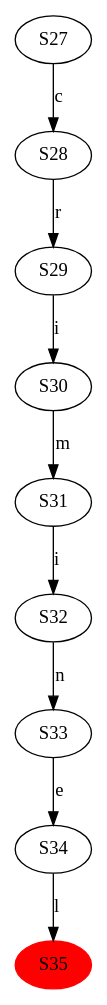
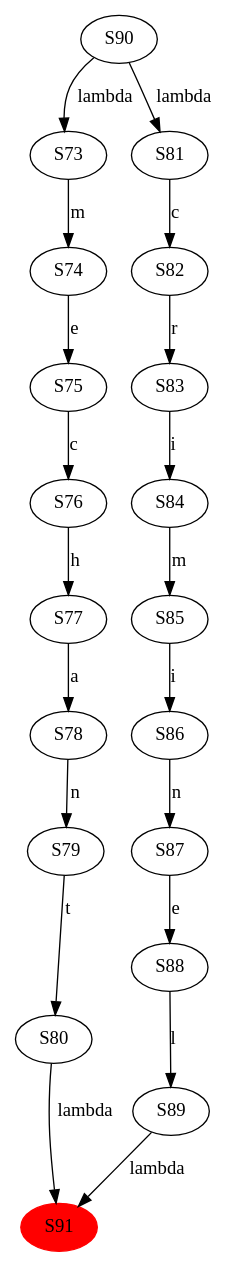
One commit to Adpa18/RushHell changed the diagram in purgatory/etape6/criminel.dot. Above: the diagram before and after it, drawn with Graphviz. The commit also changed 17 other files, not shown here.

```diff
--- a/purgatory/etape6/criminel.dot
+++ b/purgatory/etape6/criminel.dot
@@ -1,11 +1,22 @@
 digraph fsa {
-  S27 -> S28 [label="c"];
-  S28 -> S29 [label="r"];
-  S29 -> S30 [label="i"];
-  S30 -> S31 [label="m"];
-  S31 -> S32 [label="i"];
-  S32 -> S33 [label="n"];
-  S33 -> S34 [label="e"];
-  S34 -> S35 [label="l"];
-  S35 [style="filled" color="red"]
+  S90 -> S73 [label="lambda"];
+  S90 -> S81 [label="lambda"];
+  S73 -> S74 [label="m"];
+  S74 -> S75 [label="e"];
+  S75 -> S76 [label="c"];
+  S76 -> S77 [label="h"];
+  S77 -> S78 [label="a"];
+  S78 -> S79 [label="n"];
+  S79 -> S80 [label="t"];
+  S80 -> S91 [label="lambda"];
+  S81 -> S82 [label="c"];
+  S82 -> S83 [label="r"];
+  S83 -> S84 [label="i"];
+  S84 -> S85 [label="m"];
+  S85 -> S86 [label="i"];
+  S86 -> S87 [label="n"];
+  S87 -> S88 [label="e"];
+  S88 -> S89 [label="l"];
+  S89 -> S91 [label="lambda"];
+  S91 [style="filled" color="red"]
 }
```
